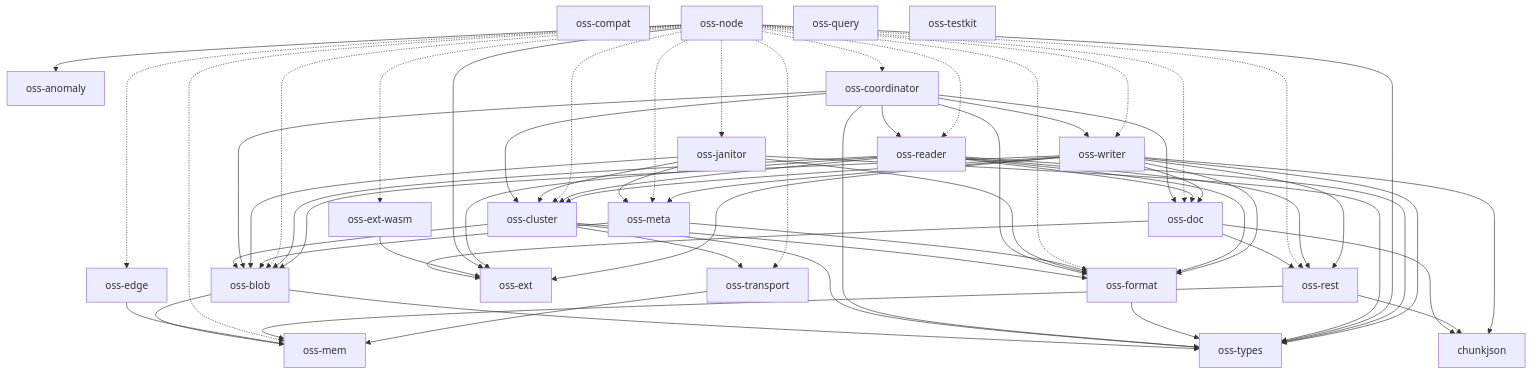
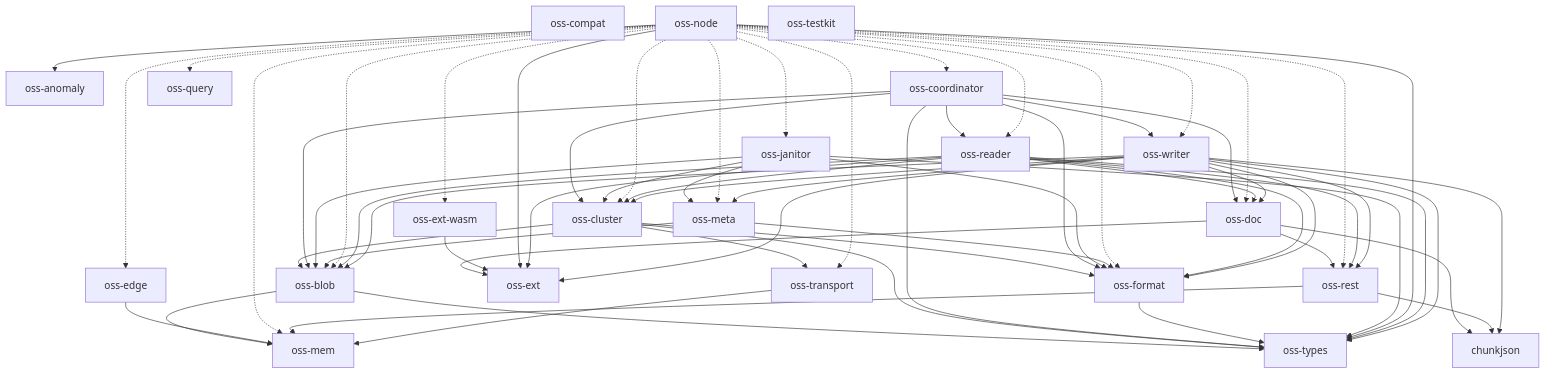
Before and after one commit to huyz0/opensearch-serverless: the diagram in docs/architecture.md, drawn with Mermaid.

Commit message:
docs: regenerate the crate map after the sql endpoint mount
gen-crate-map found docs/architecture.md stale on main (run 3345).

Spec: none (generated doc)

````diff
--- a/docs/architecture.md
+++ b/docs/architecture.md
@@ -10,73 +10,74 @@
 ```mermaid
 graph TD
     chunkjson
     oss-anomaly
     oss-blob --> oss-mem
     oss-blob --> oss-types
     oss-cluster --> oss-blob
     oss-cluster --> oss-format
     oss-cluster --> oss-transport
     oss-cluster --> oss-types
     oss-compat
     oss-coordinator --> oss-blob
     oss-coordinator --> oss-cluster
     oss-coordinator --> oss-doc
     oss-coordinator --> oss-format
     oss-coordinator --> oss-reader
     oss-coordinator --> oss-types
     oss-coordinator --> oss-writer
     oss-doc --> chunkjson
     oss-doc --> oss-ext
     oss-doc --> oss-rest
     oss-edge --> oss-mem
     oss-ext
     oss-ext-wasm --> oss-ext
     oss-format --> oss-types
     oss-janitor --> oss-blob
     oss-janitor --> oss-cluster
     oss-janitor --> oss-format
     oss-janitor --> oss-meta
     oss-janitor --> oss-types
     oss-mem
     oss-meta --> oss-blob
     oss-meta --> oss-format
     oss-node --> oss-anomaly
     oss-node -.-> oss-blob
     oss-node -.-> oss-cluster
     oss-node -.-> oss-coordinator
     oss-node -.-> oss-doc
     oss-node -.-> oss-edge
     oss-node --> oss-ext
     oss-node -.-> oss-ext-wasm
     oss-node -.-> oss-format
     oss-node -.-> oss-janitor
     oss-node -.-> oss-mem
     oss-node -.-> oss-meta
+    oss-node -.-> oss-query
     oss-node -.-> oss-reader
     oss-node -.-> oss-rest
     oss-node -.-> oss-transport
     oss-node --> oss-types
     oss-node -.-> oss-writer
     oss-query
     oss-reader --> oss-blob
     oss-reader --> oss-cluster
     oss-reader --> oss-doc
     oss-reader --> oss-ext
     oss-reader --> oss-format
     oss-reader --> oss-rest
     oss-reader --> oss-types
     oss-rest --> chunkjson
     oss-rest --> oss-mem
     oss-testkit
     oss-transport --> oss-mem
     oss-types
     oss-writer --> chunkjson
     oss-writer --> oss-blob
     oss-writer --> oss-cluster
     oss-writer --> oss-doc
     oss-writer --> oss-ext
     oss-writer --> oss-format
     oss-writer --> oss-meta
     oss-writer --> oss-rest
     oss-writer --> oss-types
 ```
````
